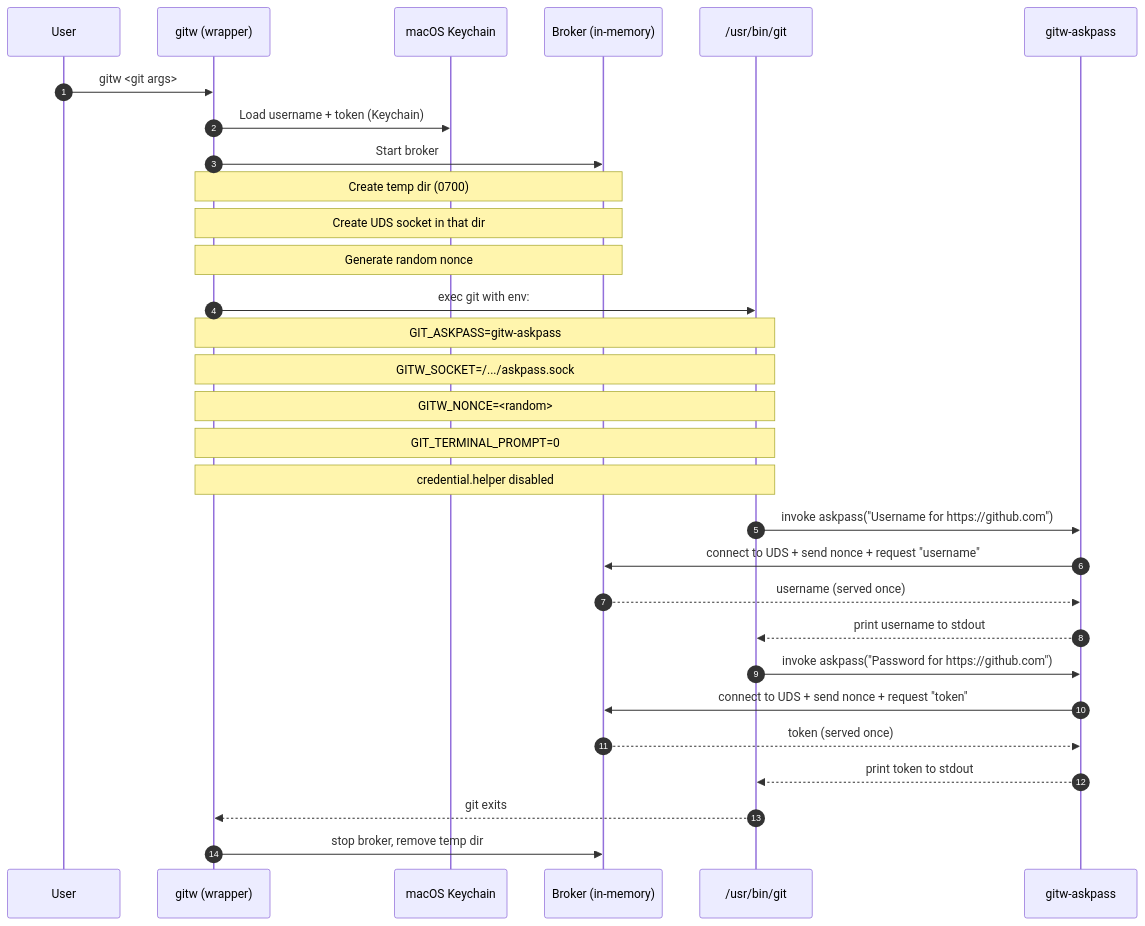
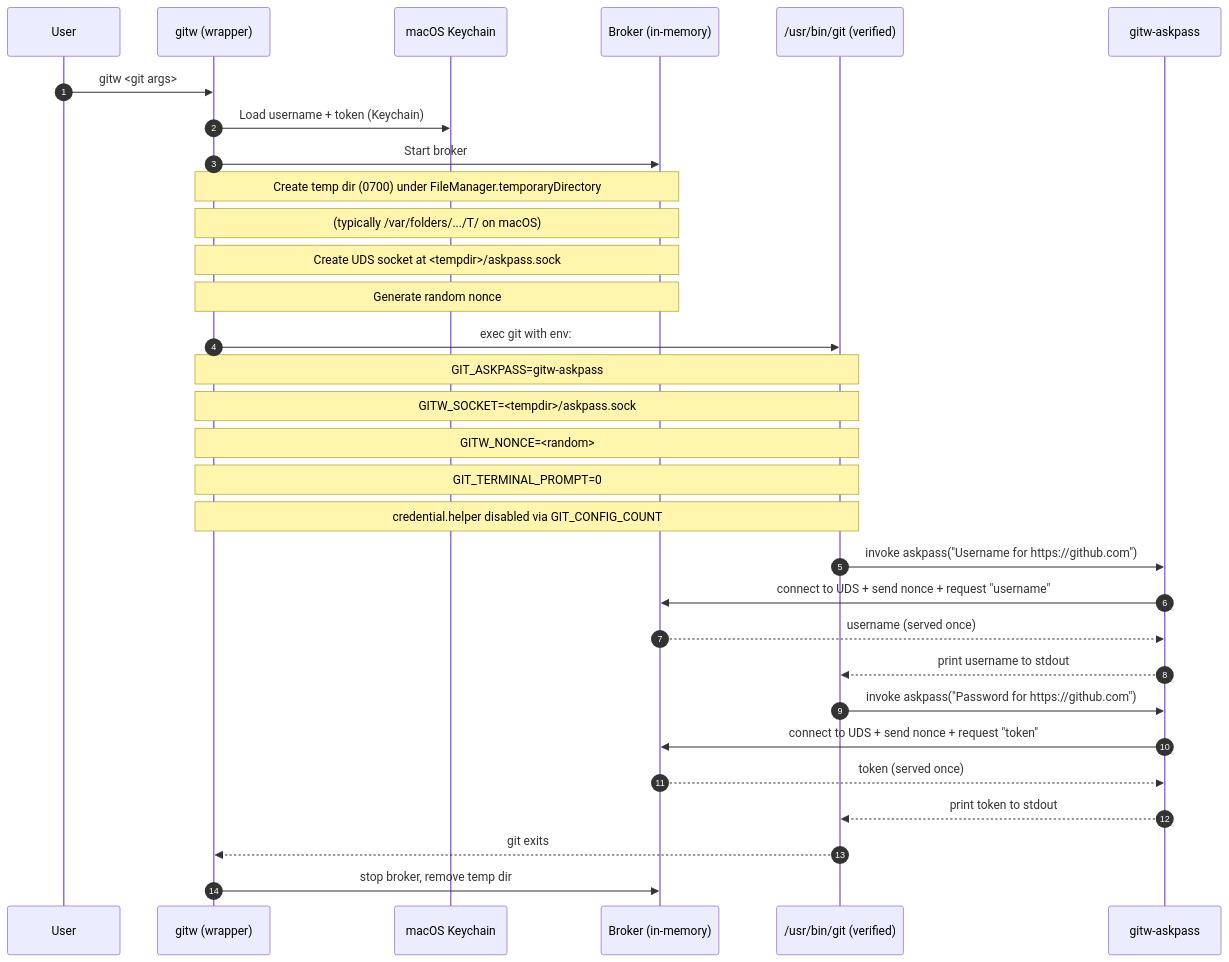
One commit to Martin-Tech-Labs/gitw changed the diagram in README.md. Above: the diagram before and after it, drawn with Mermaid. The commit also changed other lines of this file and 2 other files, not shown here.

Commit message:
security: remove env overrides for identity/askpass; clarify IPC diagram

````diff
--- a/README.md
+++ b/README.md
@@ -135,36 +133,37 @@
 ```mermaid
 sequenceDiagram
   autonumber
   participant U as User
   participant W as gitw (wrapper)
   participant KC as macOS Keychain
   participant B as Broker (in-memory)
-  participant G as /usr/bin/git
+  participant G as /usr/bin/git (verified)
   participant A as gitw-askpass
 
   U->>W: gitw <git args>
   W->>KC: Load username + token (Keychain)
   W->>B: Start broker
-  Note over W,B: Create temp dir (0700)
-  Note over W,B: Create UDS socket in that dir
+  Note over W,B: Create temp dir (0700) under FileManager.temporaryDirectory
+  Note over W,B: (typically /var/folders/.../T/ on macOS)
+  Note over W,B: Create UDS socket at <tempdir>/askpass.sock
   Note over W,B: Generate random nonce
   W->>G: exec git with env:
   Note over W,G: GIT_ASKPASS=gitw-askpass
-  Note over W,G: GITW_SOCKET=/.../askpass.sock
+  Note over W,G: GITW_SOCKET=<tempdir>/askpass.sock
   Note over W,G: GITW_NONCE=<random>
   Note over W,G: GIT_TERMINAL_PROMPT=0
-  Note over W,G: credential.helper disabled
+  Note over W,G: credential.helper disabled via GIT_CONFIG_COUNT
 
   G->>A: invoke askpass("Username for https://github.com")
   A->>B: connect to UDS + send nonce + request "username"
   B-->>A: username (served once)
   A-->>G: print username to stdout
 
   G->>A: invoke askpass("Password for https://github.com")
   A->>B: connect to UDS + send nonce + request "token"
   B-->>A: token (served once)
   A-->>G: print token to stdout
 
   G-->>W: git exits
   W->>B: stop broker, remove temp dir
 ```
````
